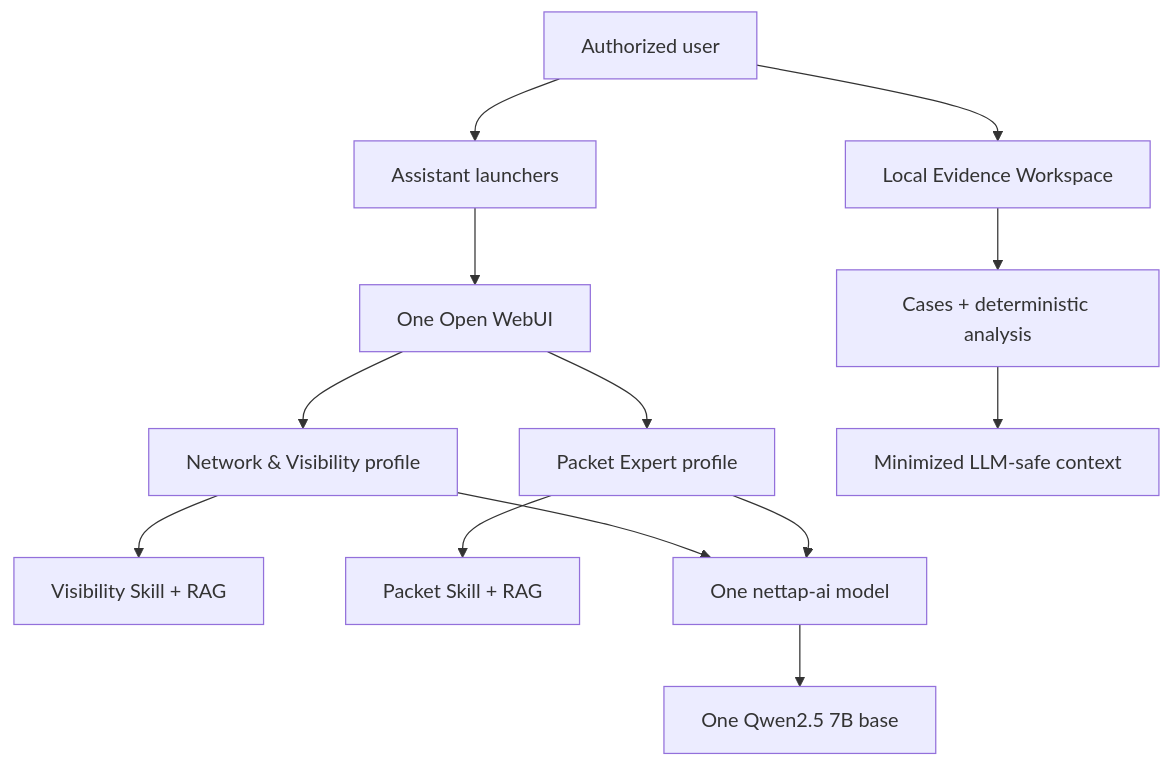
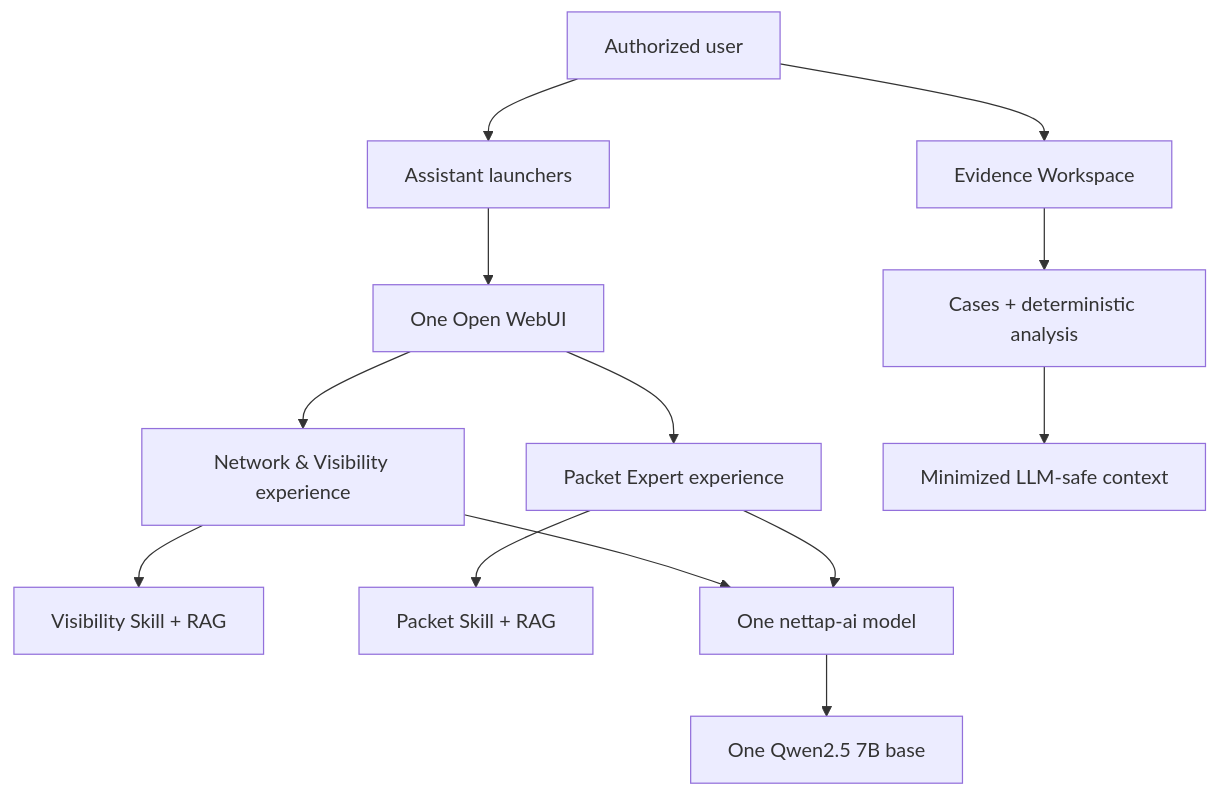
The diagram in README.md (mpdwyer2367/nettap-packet-expert), drawn with Mermaid before and after one commit. The commit also changed other lines of this file and 64 other files, not shown here.

````diff
--- a/README.md
+++ b/README.md
@@ -20,15 +20,15 @@
 ```mermaid
 flowchart TB
     U["Authorized user"] --> L["Assistant launchers"]
     L --> W["One Open WebUI"]
-    W --> V["Network & Visibility profile"]
-    W --> P["Packet Expert profile"]
-    U --> E["Local Evidence Workspace"]
+    W --> V["Network & Visibility experience"]
+    W --> P["Packet Expert experience"]
+    U --> E["Evidence Workspace"]
     E --> C["Cases + deterministic analysis"]
     C --> X["Minimized LLM-safe context"]
     V --> VS["Visibility Skill + RAG"]
     P --> PS["Packet Skill + RAG"]
     V --> N["One nettap-ai model"]
     P --> N
     N --> Q["One Qwen2.5 7B base"]
 ```
````
